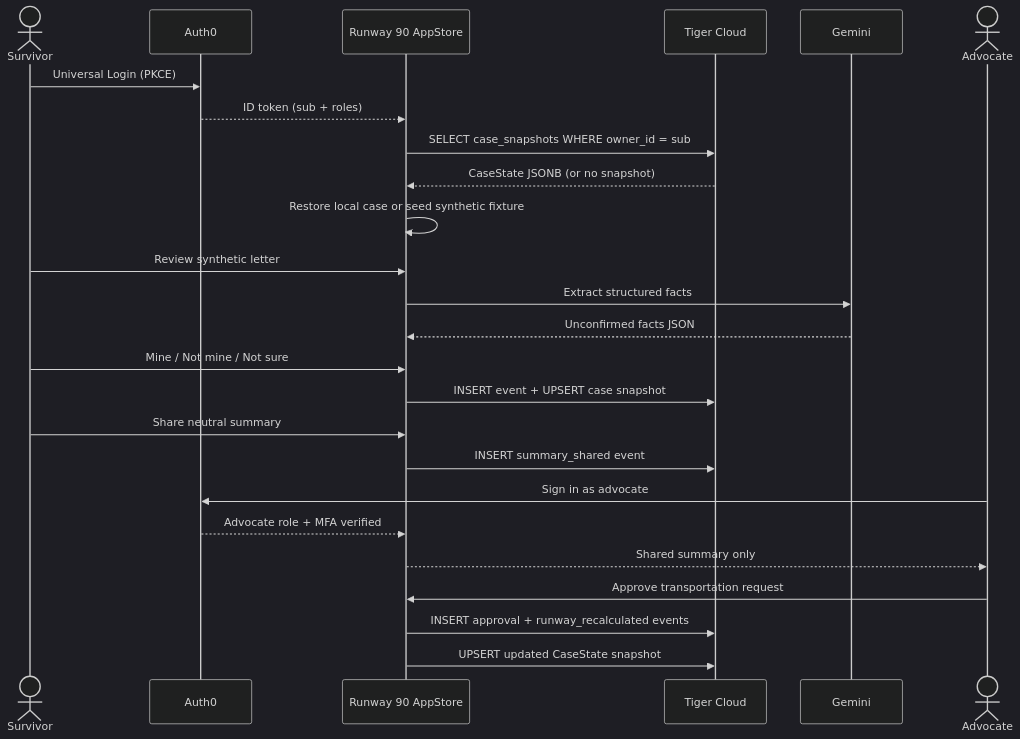
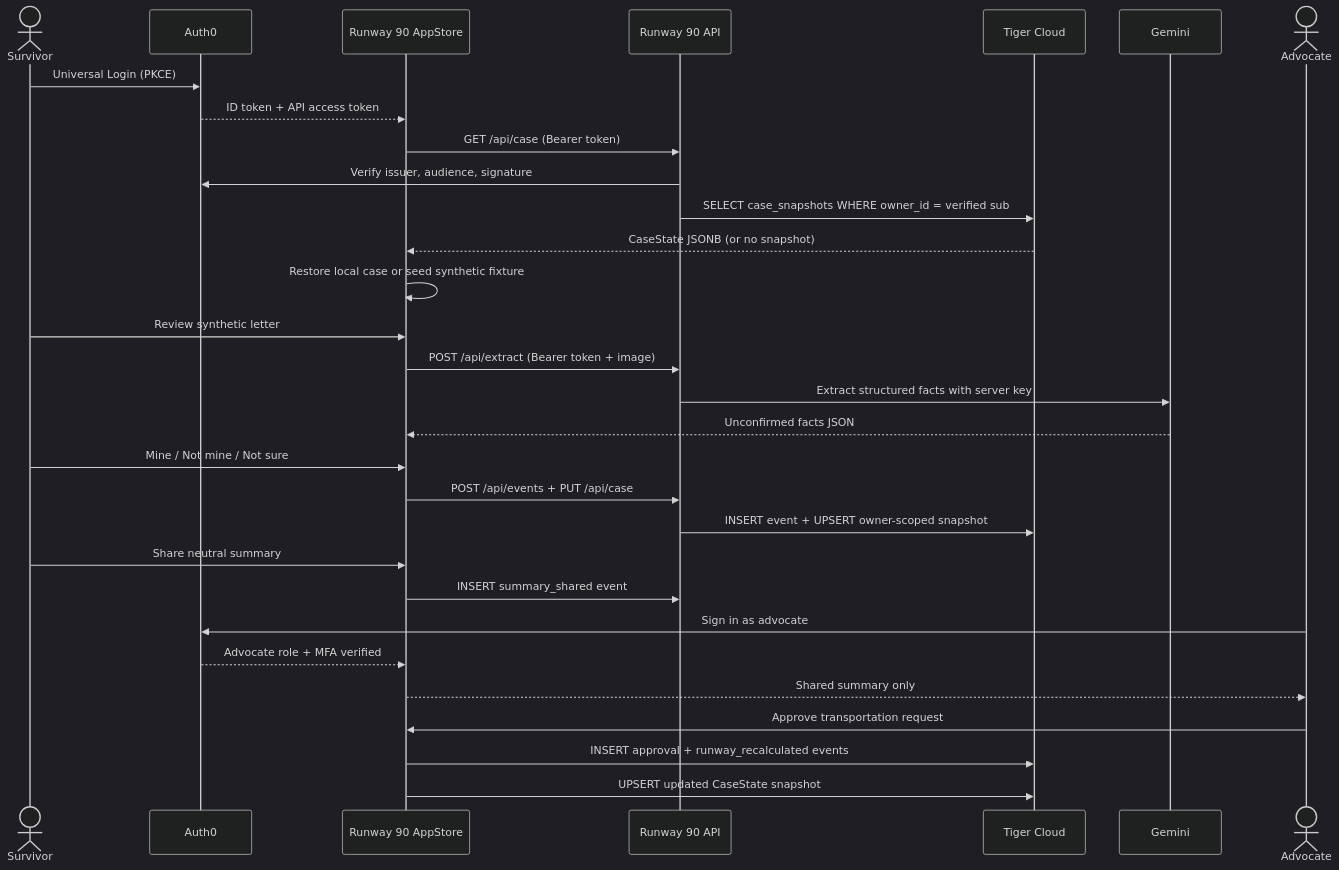
Before and after one commit to aditauqir/runway-90: the diagram in README.md, drawn with Mermaid (dark theme). The commit also changed other lines of this file and 21 other files, not shown here.

Commit message:
Route live integrations through Auth0-scoped backend

````diff
--- a/README.md
+++ b/README.md
@@ -206,30 +206,35 @@
 ```mermaid
 sequenceDiagram
     actor Survivor
     participant Auth0
     participant App as Runway 90 AppStore
+    participant API as Runway 90 API
     participant Tiger as Tiger Cloud
     participant Gemini
     actor Advocate
 
     Survivor->>Auth0: Universal Login (PKCE)
-    Auth0-->>App: ID token (sub + roles)
-    App->>Tiger: SELECT case_snapshots WHERE owner_id = sub
+    Auth0-->>App: ID token + API access token
+    App->>API: GET /api/case (Bearer token)
+    API->>Auth0: Verify issuer, audience, signature
+    API->>Tiger: SELECT case_snapshots WHERE owner_id = verified sub
     Tiger-->>App: CaseState JSONB (or no snapshot)
     App->>App: Restore local case or seed synthetic fixture
 
     Survivor->>App: Review synthetic letter
-    App->>Gemini: Extract structured facts
+    App->>API: POST /api/extract (Bearer token + image)
+    API->>Gemini: Extract structured facts with server key
     Gemini-->>App: Unconfirmed facts JSON
     Survivor->>App: Mine / Not mine / Not sure
-    App->>Tiger: INSERT event + UPSERT case snapshot
+    App->>API: POST /api/events + PUT /api/case
+    API->>Tiger: INSERT event + UPSERT owner-scoped snapshot
 
     Survivor->>App: Share neutral summary
-    App->>Tiger: INSERT summary_shared event
+    App->>API: INSERT summary_shared event
     Advocate->>Auth0: Sign in as advocate
     Auth0-->>App: Advocate role + MFA verified
     App-->>Advocate: Shared summary only
     Advocate->>App: Approve transportation request
     App->>Tiger: INSERT approval + runway_recalculated events
     App->>Tiger: UPSERT updated CaseState snapshot
 ```
````
